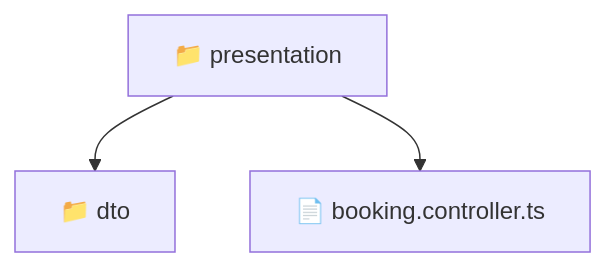
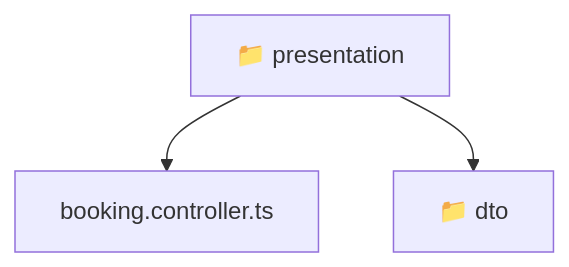
The diagram in backend/src/modules/booking/presentation/README.md (beginwebdev2002/fullstack-mavluda), drawn with Mermaid before and after one commit. The commit also changed other lines of this file and 167 other files, not shown here.

````diff
--- a/backend/src/modules/booking/presentation/README.md
+++ b/backend/src/modules/booking/presentation/README.md
@@ -9,6 +9,8 @@
 ```mermaid
 graph TD
-  Root["📁 presentation"]
-  Root --> dto["📁 dto"]
-  Root --> booking_controller_ts["📄 booking.controller.ts"]
+  Root_presentation["📁 presentation"]
+  f_booking_controller_ts["booking.controller.ts"]
+  Root_presentation --> f_booking_controller_ts
+  f_dto["📁 dto"]
+  Root_presentation --> f_dto
 ```
````
